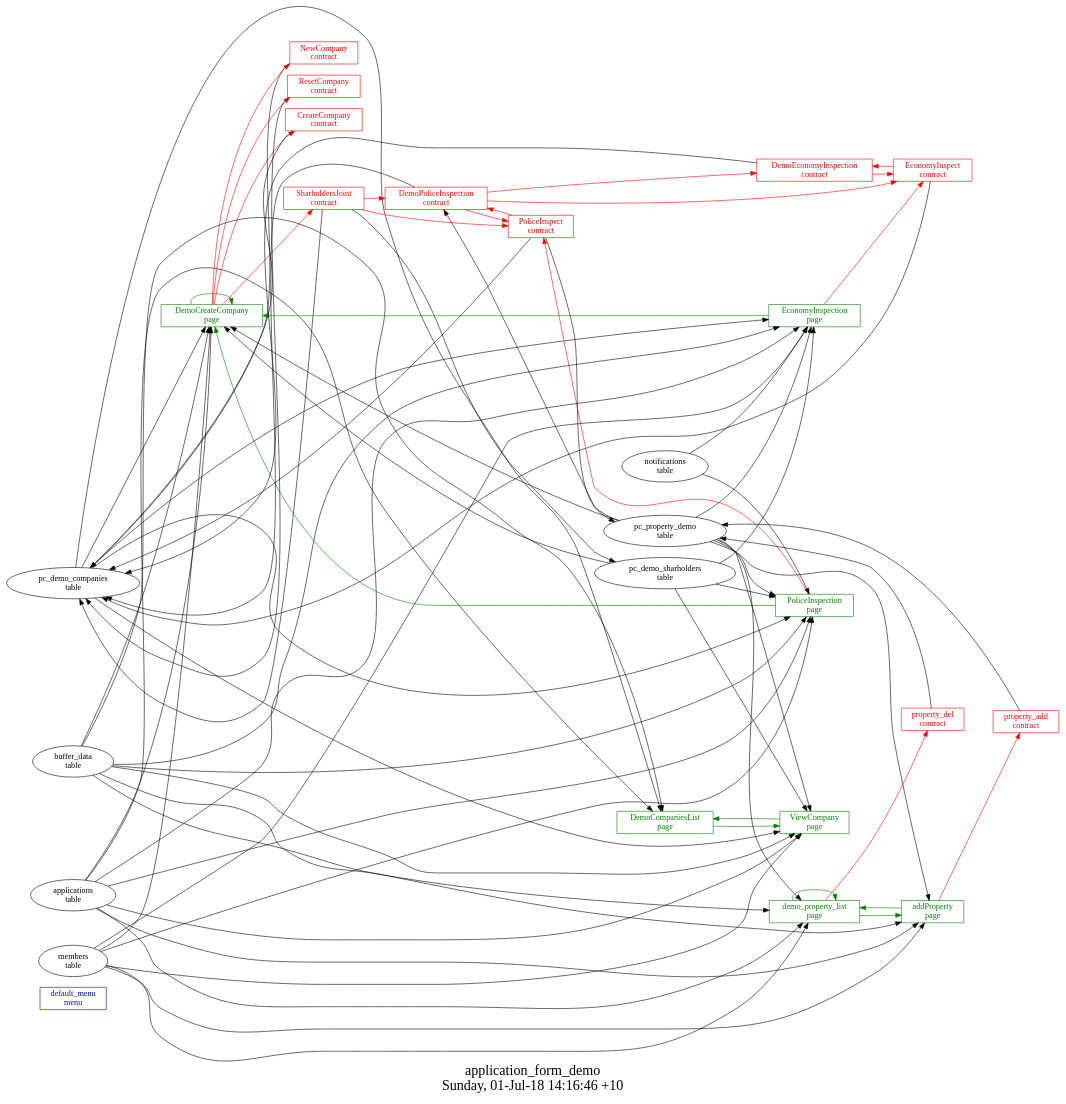
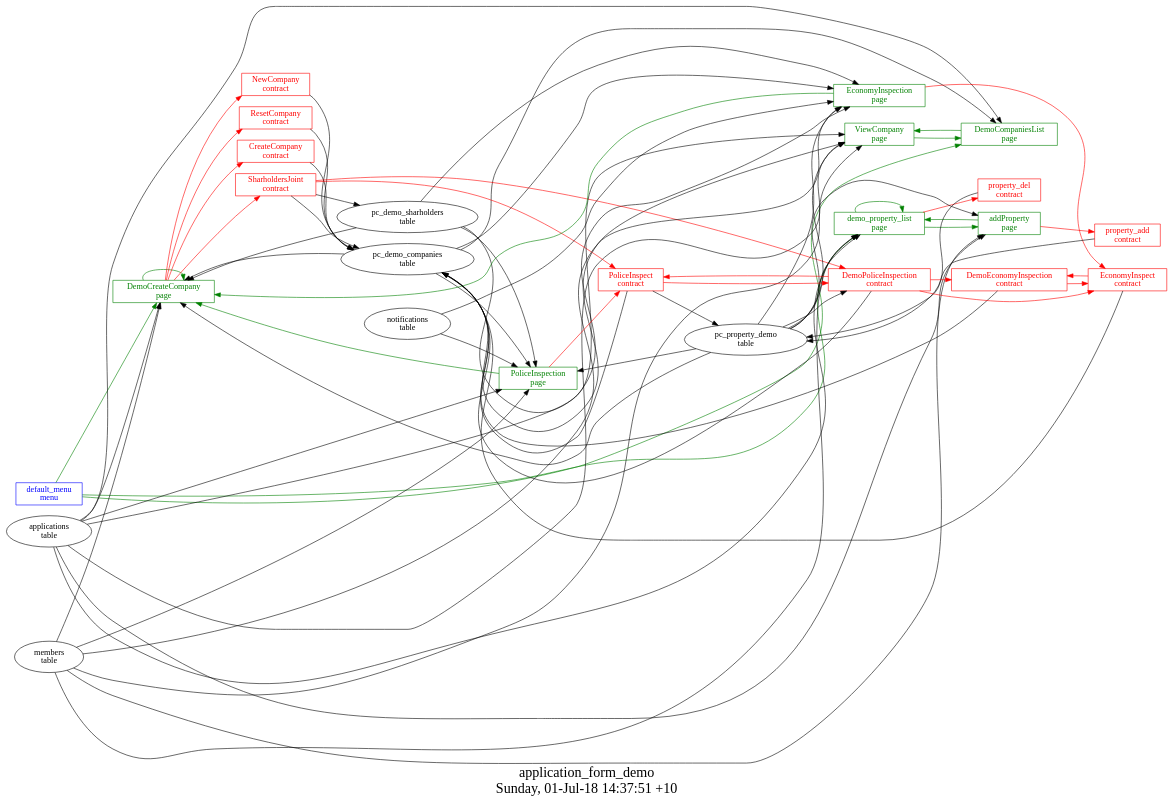
Before and after one commit to AplaProject/apps: the diagram in quick-start/application_form_demo/struct.dot, drawn with Graphviz. The commit also changed 9 other files, not shown here.

```diff
--- a/quick-start/application_form_demo/struct.dot
+++ b/quick-start/application_form_demo/struct.dot
@@ -1,103 +1,99 @@
 digraph G {
 fontsize="24";
-label="application_form_demo\nSunday, 01-Jul-18 14:16:46 +10";
+label="application_form_demo\nSunday, 01-Jul-18 14:37:51 +10";
 nojustify=true;
 ordering=out;
 rankdir=LR;
 size="30";
+"default_menu\nmenu" -> "DemoCreateCompany\npage"  [ color=green ]
+"default_menu\nmenu" -> "demo_property_list\npage"  [ color=green ]
+"default_menu\nmenu" -> "DemoCompaniesList\npage"  [ color=green ]
 "default_menu\nmenu" [color=blue, fontcolor=blue, group=menus, shape=record];
 "pc_demo_companies\ntable" -> "DemoCompaniesList\npage"
-"buffer_data\ntable" -> "DemoCompaniesList\npage"
 "applications\ntable" -> "DemoCompaniesList\npage"
 "DemoCompaniesList\npage" -> "ViewCompany\npage"  [ color=green ]
 "DemoCompaniesList\npage" [color=green, fontcolor=green, group=pages, shape=record];
 "DemoCreateCompany\npage" -> "NewCompany\ncontract"  [ color=red ]
 "DemoCreateCompany\npage" -> "ResetCompany\ncontract"  [ color=red ]
 "DemoCreateCompany\npage" -> "CreateCompany\ncontract"  [ color=red ]
 "DemoCreateCompany\npage" -> "SharholdersJoint\ncontract"  [ color=red ]
-"buffer_data\ntable" -> "DemoCreateCompany\npage"
 "applications\ntable" -> "DemoCreateCompany\npage"
 "pc_demo_companies\ntable" -> "DemoCreateCompany\npage"
 "members\ntable" -> "DemoCreateCompany\npage"
 "pc_demo_sharholders\ntable" -> "DemoCreateCompany\npage"
 "pc_property_demo\ntable" -> "DemoCreateCompany\npage"
 "DemoCreateCompany\npage" -> "DemoCreateCompany\npage"  [ color=green ]
 "DemoCreateCompany\npage" [color=green, fontcolor=green, group=pages, shape=record];
 "EconomyInspection\npage" -> "EconomyInspect\ncontract"  [ color=red ]
 "notifications\ntable" -> "EconomyInspection\npage"
 "pc_demo_companies\ntable" -> "EconomyInspection\npage"
 "pc_property_demo\ntable" -> "EconomyInspection\npage"
-"buffer_data\ntable" -> "EconomyInspection\npage"
 "applications\ntable" -> "EconomyInspection\npage"
 "pc_demo_sharholders\ntable" -> "EconomyInspection\npage"
 "members\ntable" -> "EconomyInspection\npage"
 "EconomyInspection\npage" -> "DemoCreateCompany\npage"  [ color=green ]
 "EconomyInspection\npage" [color=green, fontcolor=green, group=pages, shape=record];
 "PoliceInspection\npage" -> "PoliceInspect\ncontract"  [ color=red ]
 "notifications\ntable" -> "PoliceInspection\npage"
 "pc_demo_companies\ntable" -> "PoliceInspection\npage"
 "pc_property_demo\ntable" -> "PoliceInspection\npage"
-"buffer_data\ntable" -> "PoliceInspection\npage"
 "applications\ntable" -> "PoliceInspection\npage"
 "pc_demo_sharholders\ntable" -> "PoliceInspection\npage"
 "members\ntable" -> "PoliceInspection\npage"
 "PoliceInspection\npage" -> "DemoCreateCompany\npage"  [ color=green ]
 "PoliceInspection\npage" [color=green, fontcolor=green, group=pages, shape=record];
 "pc_demo_companies\ntable" -> "ViewCompany\npage"
 "pc_property_demo\ntable" -> "ViewCompany\npage"
-"buffer_data\ntable" -> "ViewCompany\npage"
 "applications\ntable" -> "ViewCompany\npage"
 "pc_demo_sharholders\ntable" -> "ViewCompany\npage"
 "members\ntable" -> "ViewCompany\npage"
 "ViewCompany\npage" -> "DemoCompaniesList\npage"  [ color=green ]
 "ViewCompany\npage" [color=green, fontcolor=green, group=pages, shape=record];
 "addProperty\npage" -> "property_add\ncontract"  [ color=red ]
-"buffer_data\ntable" -> "addProperty\npage"
 "applications\ntable" -> "addProperty\npage"
 "pc_property_demo\ntable" -> "addProperty\npage"
 "members\ntable" -> "addProperty\npage"
 "addProperty\npage" -> "demo_property_list\npage"  [ color=green ]
 "addProperty\npage" [color=green, fontcolor=green, group=pages, shape=record];
 "demo_property_list\npage" -> "property_del\ncontract"  [ color=red ]
 "pc_property_demo\ntable" -> "demo_property_list\npage"
-"buffer_data\ntable" -> "demo_property_list\npage"
 "applications\ntable" -> "demo_property_list\npage"
 "members\ntable" -> "demo_property_list\npage"
 "demo_property_list\npage" -> "demo_property_list\npage"  [ color=green ]
 "demo_property_list\npage" -> "addProperty\npage"  [ color=green ]
 "demo_property_list\npage" [color=green, fontcolor=green, group=pages, shape=record];
 "CreateCompany\ncontract" -> "pc_demo_companies\ntable"  [ color="" ]
 "CreateCompany\ncontract" [color=red, fontcolor=red, group=contracts, shape=record];
 "DemoEconomyInspection\ncontract" -> "EconomyInspect\ncontract"  [ color=red ]
 "DemoEconomyInspection\ncontract" -> "pc_demo_companies\ntable"  [ color="" ]
 "DemoEconomyInspection\ncontract" [color=red, fontcolor=red, group=contracts, shape=record];
 "DemoPoliceInspection\ncontract" -> "DemoEconomyInspection\ncontract"  [ color=red ]
 "DemoPoliceInspection\ncontract" -> "EconomyInspect\ncontract"  [ color=red ]
 "DemoPoliceInspection\ncontract" -> "PoliceInspect\ncontract"  [ color=red ]
 "DemoPoliceInspection\ncontract" -> "pc_demo_companies\ntable"  [ color="" ]
 "pc_property_demo\ntable" -> "DemoPoliceInspection\ncontract"
 "DemoPoliceInspection\ncontract" [color=red, fontcolor=red, group=contracts, shape=record];
 "EconomyInspect\ncontract" -> "DemoEconomyInspection\ncontract"  [ color=red ]
 "EconomyInspect\ncontract" -> "pc_demo_companies\ntable"  [ color="" ]
 "EconomyInspect\ncontract" [color=red, fontcolor=red, group=contracts, shape=record];
 "NewCompany\ncontract" -> "pc_demo_companies\ntable"  [ color="" ]
 "NewCompany\ncontract" [color=red, fontcolor=red, group=contracts, shape=record];
 "PoliceInspect\ncontract" -> "DemoPoliceInspection\ncontract"  [ color=red ]
 "PoliceInspect\ncontract" -> "pc_demo_companies\ntable"  [ color="" ]
 "PoliceInspect\ncontract" -> "pc_property_demo\ntable"  [ color="" ]
 "PoliceInspect\ncontract" [color=red, fontcolor=red, group=contracts, shape=record];
 "ResetCompany\ncontract" -> "pc_demo_companies\ntable"  [ color="" ]
 "ResetCompany\ncontract" [color=red, fontcolor=red, group=contracts, shape=record];
 "SharholdersJoint\ncontract" -> "DemoPoliceInspection\ncontract"  [ color=red ]
 "SharholdersJoint\ncontract" -> "PoliceInspect\ncontract"  [ color=red ]
 "SharholdersJoint\ncontract" -> "pc_demo_sharholders\ntable"  [ color="" ]
 "SharholdersJoint\ncontract" -> "pc_demo_companies\ntable"  [ color="" ]
 "SharholdersJoint\ncontract" [color=red, fontcolor=red, group=contracts, shape=record];
 "property_add\ncontract" -> "pc_property_demo\ntable"  [ color="" ]
 "property_add\ncontract" [color=red, fontcolor=red, group=contracts, shape=record];
 "property_del\ncontract" -> "pc_property_demo\ntable"  [ color="" ]
 "property_del\ncontract" [color=red, fontcolor=red, group=contracts, shape=record];
 "pc_demo_companies\ntable" [color="", fontcolor="", group=tables, shape=""];
 "pc_demo_sharholders\ntable" [color="", fontcolor="", group=tables, shape=""];
 "pc_property_demo\ntable" [color="", fontcolor="", group=tables, shape=""];
 }
```
